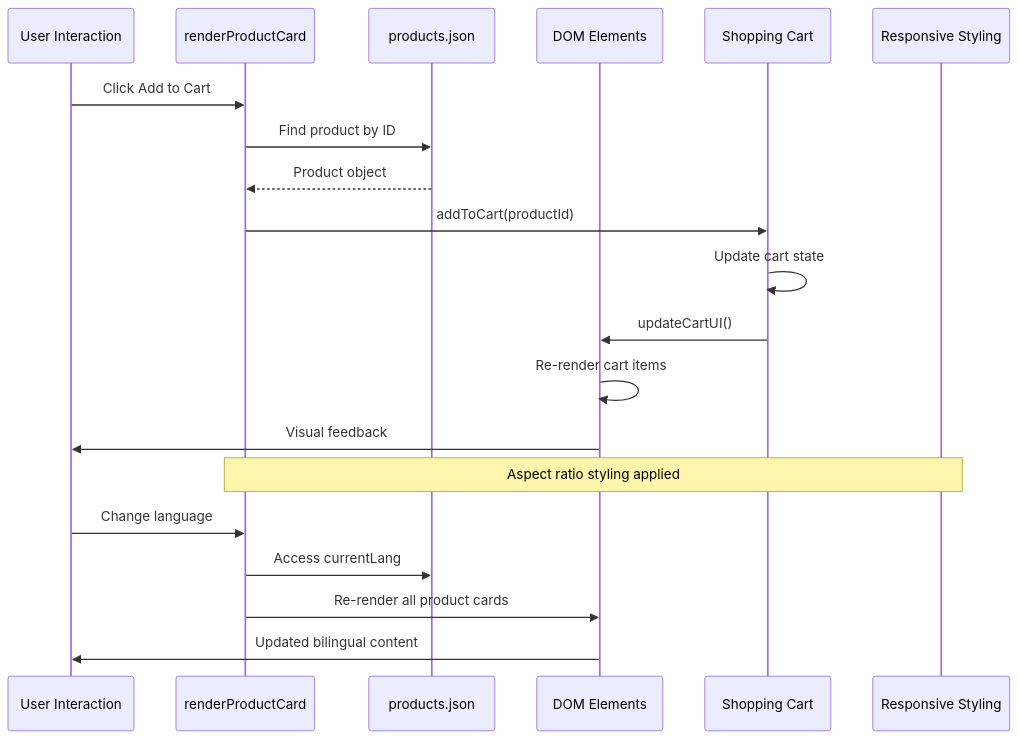
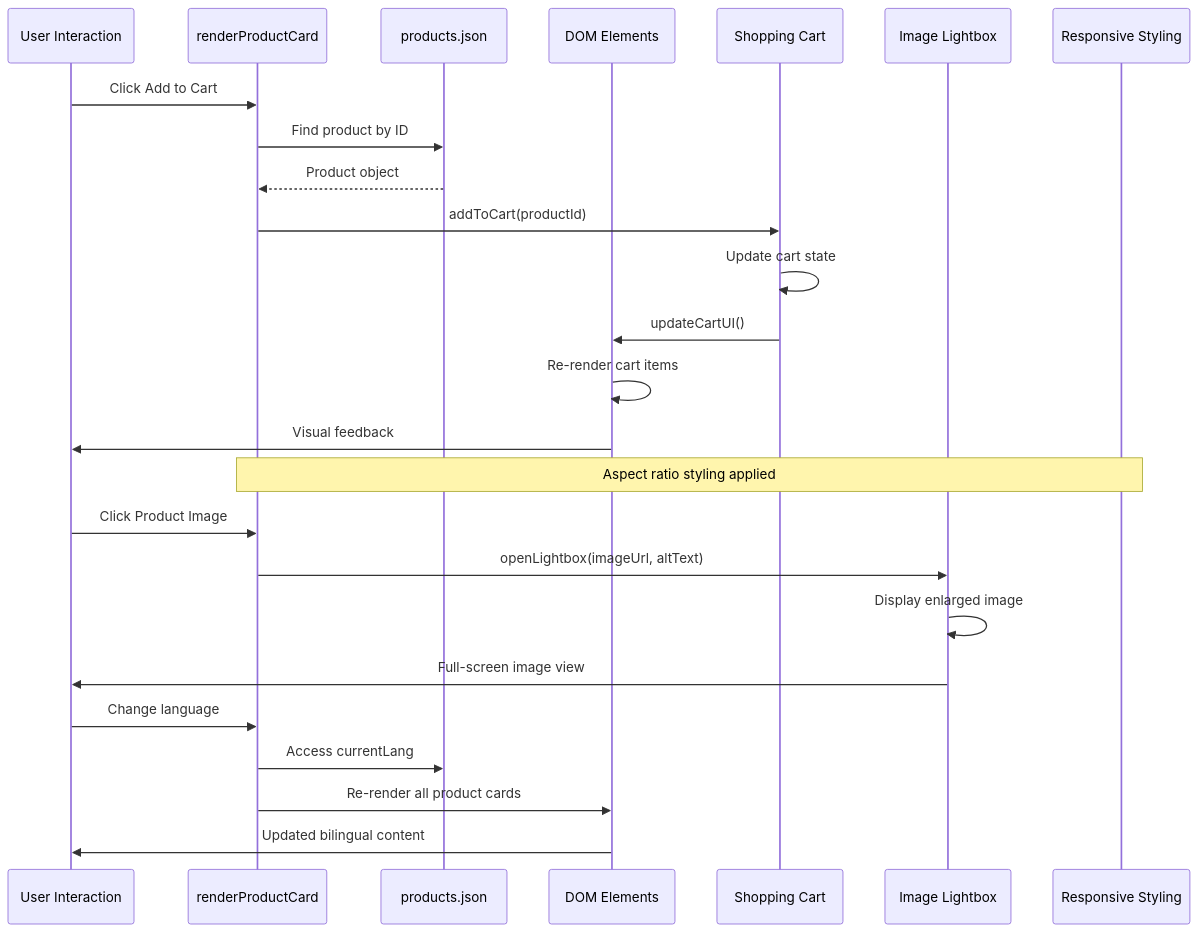
The second of 2 diagrams in .qoder/repowiki/en/content/User Interface Components/Product Gallery Components/Product Card Template System.md (queenflowerhk/queenflowerhk.github.io), drawn with Mermaid before and after one commit. The commit also changed other lines of this file and 13 other files, not shown here.

````diff
--- a/.qoder/repowiki/en/content/User Interface Components/Product Gallery Components/Product Card Template System.md
+++ b/.qoder/repowiki/en/content/User Interface Components/Product Gallery Components/Product Card Template System.md
@@ -117,22 +131,27 @@
 ```mermaid
 sequenceDiagram
 participant User as User Interaction
 participant Template as renderProductCard
 participant Data as products.json
 participant DOM as DOM Elements
 participant Cart as Shopping Cart
+participant Lightbox as Image Lightbox
 participant Styles as Responsive Styling
 User->>Template : Click Add to Cart
 Template->>Data : Find product by ID
 Data-->>Template : Product object
 Template->>Cart : addToCart(productId)
 Cart->>Cart : Update cart state
 Cart->>DOM : updateCartUI()
 DOM->>DOM : Re-render cart items
 DOM->>User : Visual feedback
 Note over Template,Styles : Aspect ratio styling applied
+User->>Template : Click Product Image
+Template->>Lightbox : openLightbox(imageUrl, altText)
+Lightbox->>Lightbox : Display enlarged image
+Lightbox->>User : Full-screen image view
 User->>Template : Change language
 Template->>Data : Access currentLang
 Template->>DOM : Re-render all product cards
 DOM->>User : Updated bilingual content
 ```
````
